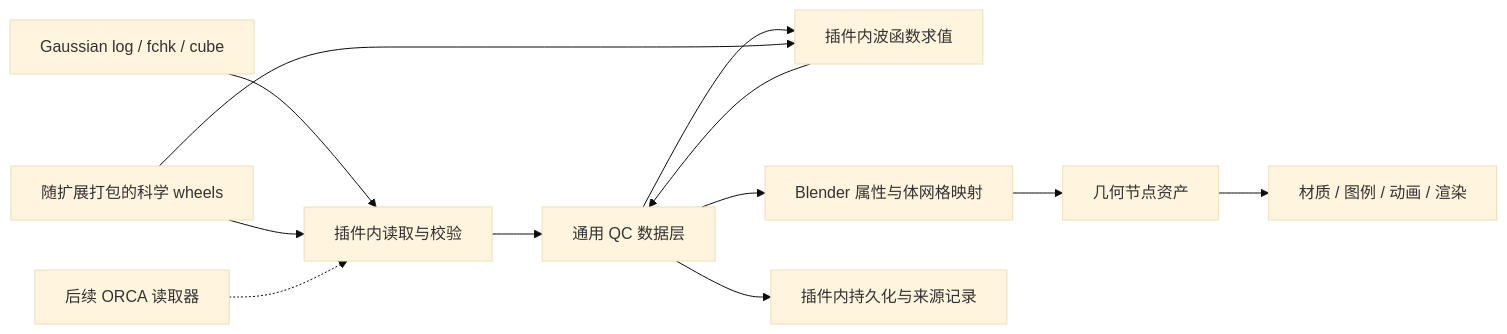
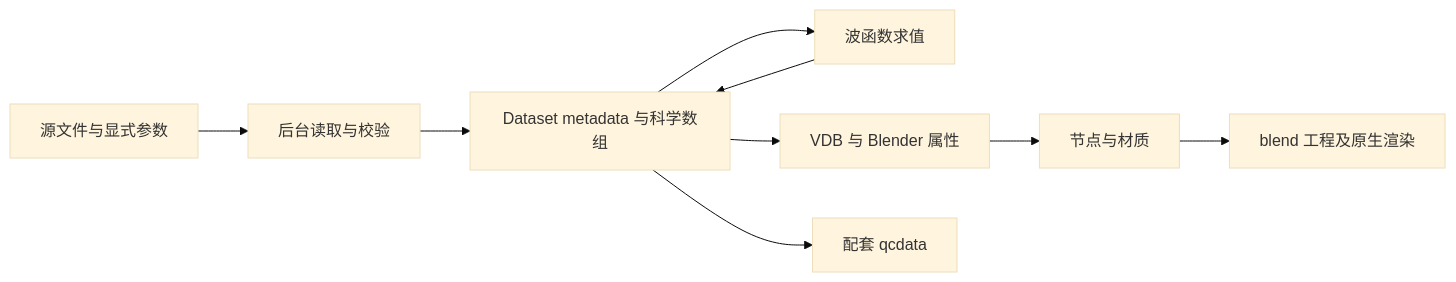
One commit to psiQAQ/QCBlender changed the diagram in docs/QCBLENDER_V1_DESIGN.md. Above: the diagram before and after it, drawn with Mermaid (base theme). The commit also changed other lines of this file and 34 other files, not shown here.

````diff
--- a/docs/QCBLENDER_V1_DESIGN.md
+++ b/docs/QCBLENDER_V1_DESIGN.md
@@ -47,14 +24,11 @@
 ```mermaid
 flowchart LR
-    A[Gaussian log / fchk / cube] --> B[插件内读取与校验]
-    B --> C[通用 QC 数据层]
-    C --> D[插件内波函数求值]
+    A[源文件与显式参数] --> B[后台读取与校验]
+    B --> C[Dataset metadata 与科学数组]
+    C --> D[波函数求值]
     D --> C
-    C --> E[Blender 属性与体网格映射]
-    E --> F[几何节点资产]
-    F --> G[材质 / 图例 / 动画 / 渲染]
-    C --> H[插件内持久化与来源记录]
-    I[随扩展打包的科学 wheels] --> B
-    I --> D
-    J[后续 ORCA 读取器] -.-> B
+    C --> E[VDB 与 Blender 属性]
+    E --> F[节点与材质]
+    C --> G[配套 qcdata]
+    F --> H[blend 工程及原生渲染]
 ```
````
